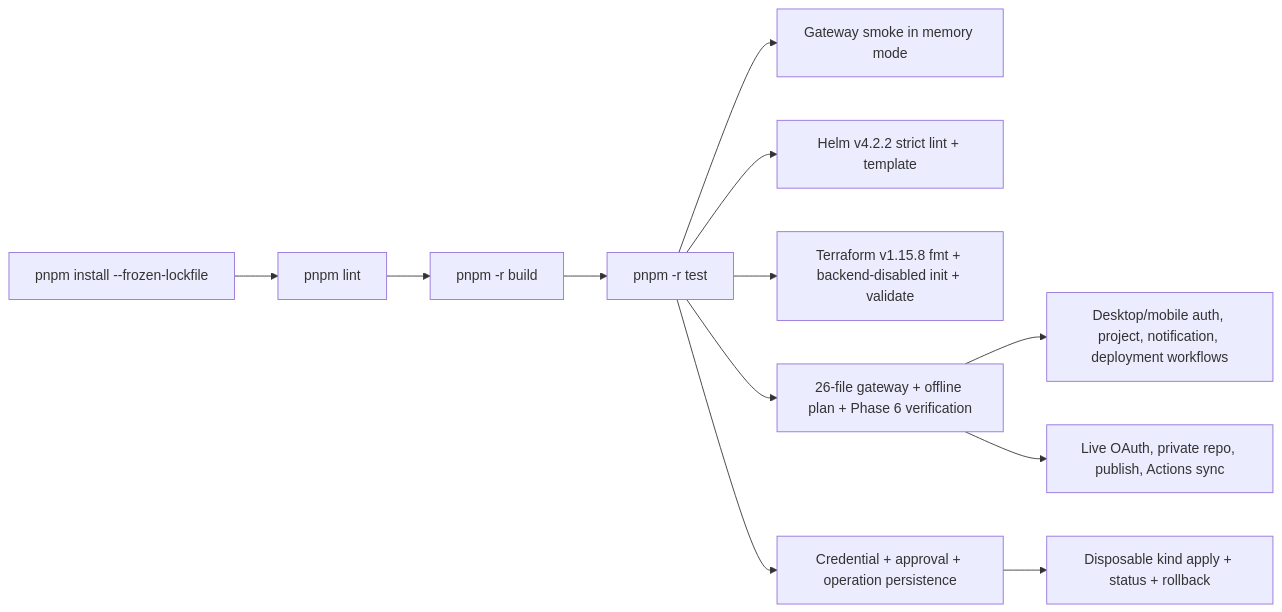
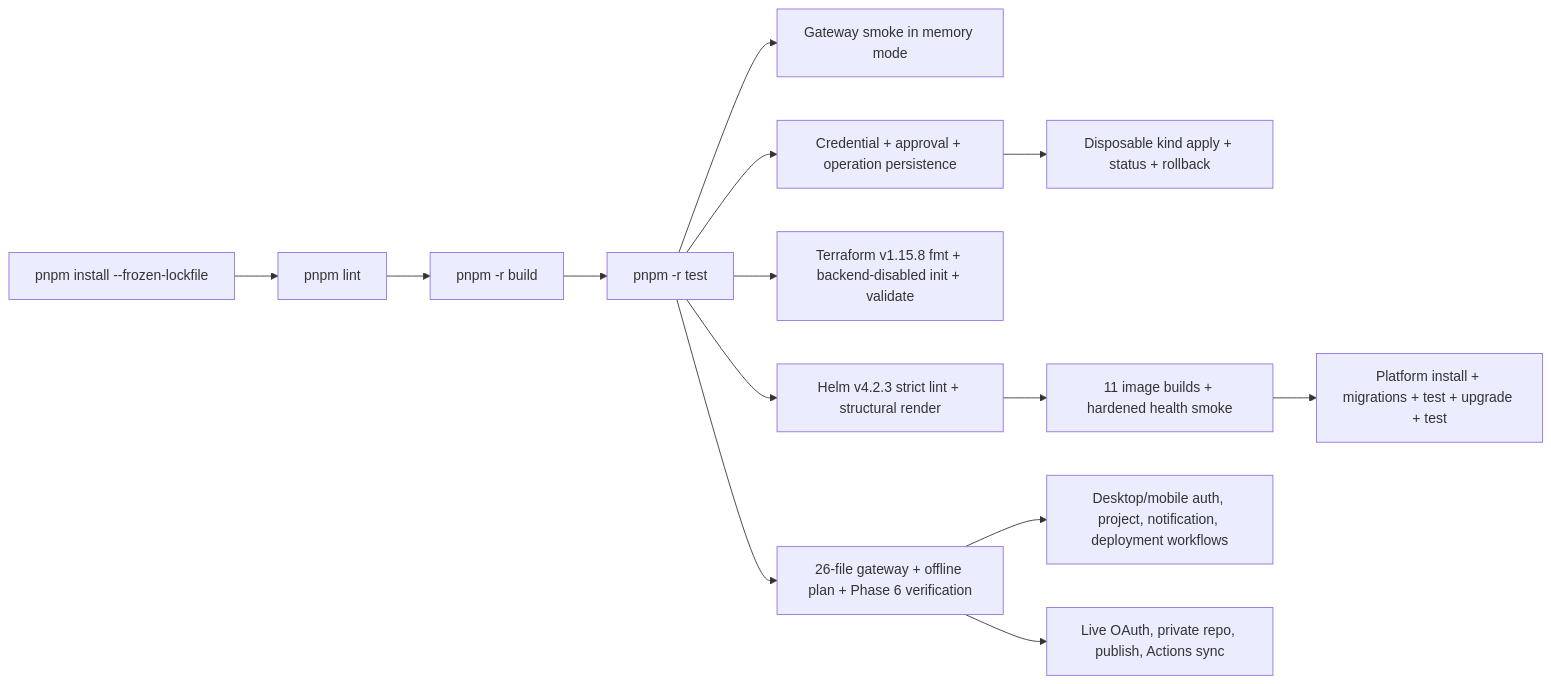
One commit to devkumarbaheti2507/BuildSphere changed diagram 11 of 11 in docs/15_PROJECT_KNOWLEDGE_GRAPH.md. Above: the diagram before and after it, drawn with Mermaid. The commit also changed other lines of this file and 97 other files, not shown here.

````diff
--- a/docs/15_PROJECT_KNOWLEDGE_GRAPH.md
+++ b/docs/15_PROJECT_KNOWLEDGE_GRAPH.md
@@ -656,14 +662,16 @@
 ```mermaid
 flowchart LR
   Install[pnpm install --frozen-lockfile] --> Lint[pnpm lint]
   Lint --> Build[pnpm -r build]
   Build --> Tests[pnpm -r test]
   Tests --> MemorySmoke[Gateway smoke in memory mode]
-  Tests --> HelmLint[Helm v4.2.2 strict lint + template]
+  Tests --> HelmLint[Helm v4.2.3 strict lint + structural render]
   Tests --> TerraformValidate[Terraform v1.15.8 fmt + backend-disabled init + validate]
   Tests --> PostgresSmoke[26-file gateway + offline plan + Phase 6 verification]
   Tests --> Phase9Postgres[Credential + approval + operation persistence]
   Phase9Postgres --> Kind[Disposable kind apply + status + rollback]
+  HelmLint --> Images[11 image builds + hardened health smoke]
+  Images --> Phase10Kind[Platform install + migrations + test + upgrade + test]
   PostgresSmoke --> Browser[Desktop/mobile auth, project, notification, deployment workflows]
   PostgresSmoke --> LiveGitHub[Live OAuth, private repo, publish, Actions sync]
 ```
````
